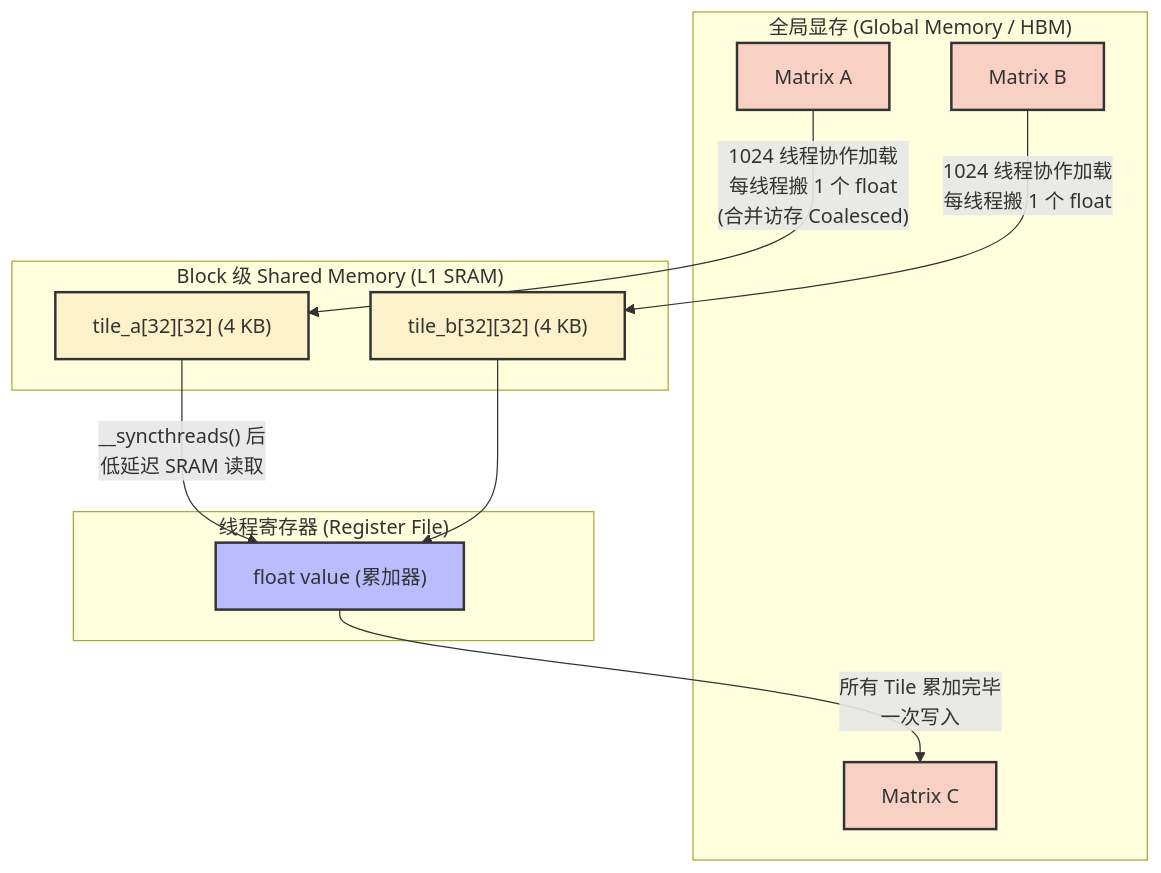
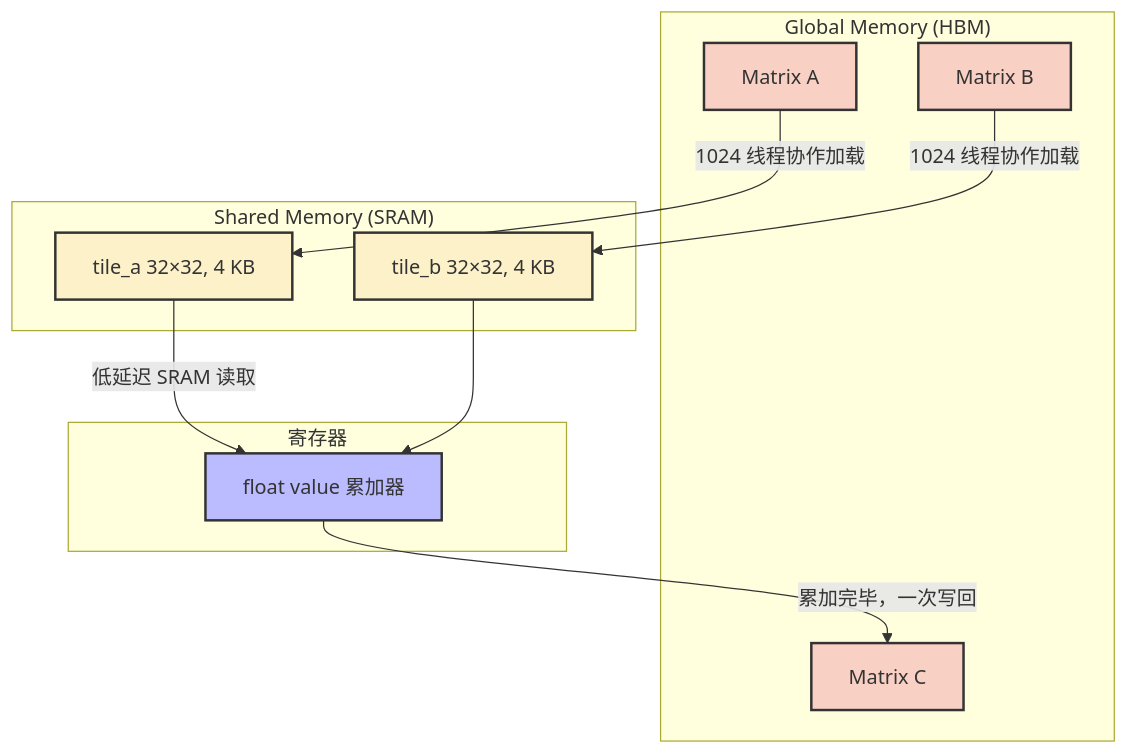
The first of 3 diagrams in Blogs/01_Basics_Concepts_and_Tiling.md (psmarter/CUDA-Practice), drawn with Mermaid before and after one commit. The commit also changed other lines of this file and 28 other files, not shown here.

````diff
--- a/Blogs/01_Basics_Concepts_and_Tiling.md
+++ b/Blogs/01_Basics_Concepts_and_Tiling.md
@@ -86,27 +78,27 @@
 ```mermaid
 graph TD
     classDef gm fill:#f9d0c4,stroke:#333,stroke-width:2px;
     classDef sm fill:#fcf1c8,stroke:#333,stroke-width:2px;
     classDef reg fill:#bbf,stroke:#333,stroke-width:2px;
 
-    subgraph "全局显存 (Global Memory / HBM)"
+    subgraph "Global Memory (HBM)"
         A[Matrix A]:::gm
         B[Matrix B]:::gm
         C[Matrix C]:::gm
     end
 
-    subgraph "Block 级 Shared Memory (L1 SRAM)"
-        SA["tile_a[32][32] (4 KB)"]:::sm
-        SB["tile_b[32][32] (4 KB)"]:::sm
+    subgraph "Shared Memory (SRAM)"
+        SA["tile_a 32×32, 4 KB"]:::sm
+        SB["tile_b 32×32, 4 KB"]:::sm
     end
 
-    subgraph "线程寄存器 (Register File)"
-        R["float value (累加器)"]:::reg
+    subgraph "寄存器"
+        R["float value 累加器"]:::reg
     end
 
-    A -- "1024 线程协作加载\n每线程搬 1 个 float\n(合并访存 Coalesced)" --> SA
-    B -- "1024 线程协作加载\n每线程搬 1 个 float" --> SB
-    SA -- "__syncthreads() 后\n低延迟 SRAM 读取" --> R
+    A -- "1024 线程协作加载" --> SA
+    B -- "1024 线程协作加载" --> SB
+    SA -- "低延迟 SRAM 读取" --> R
     SB --> R
-    R -- "所有 Tile 累加完毕\n一次写入" --> C
+    R -- "累加完毕，一次写回" --> C
 ```
````
